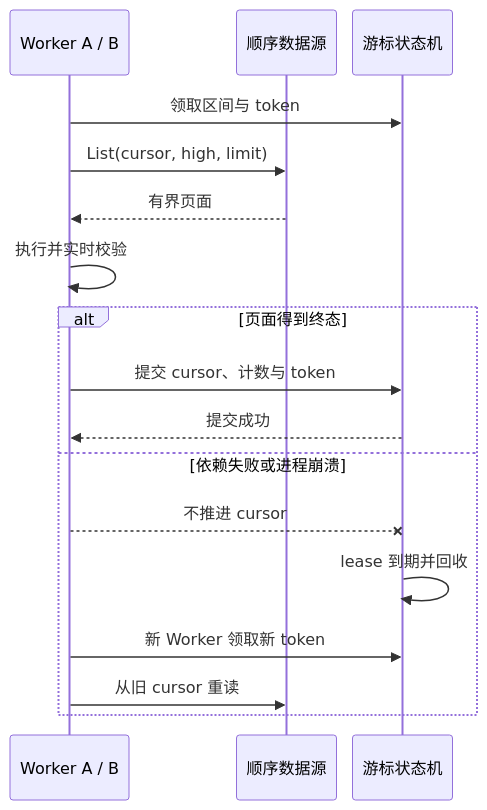
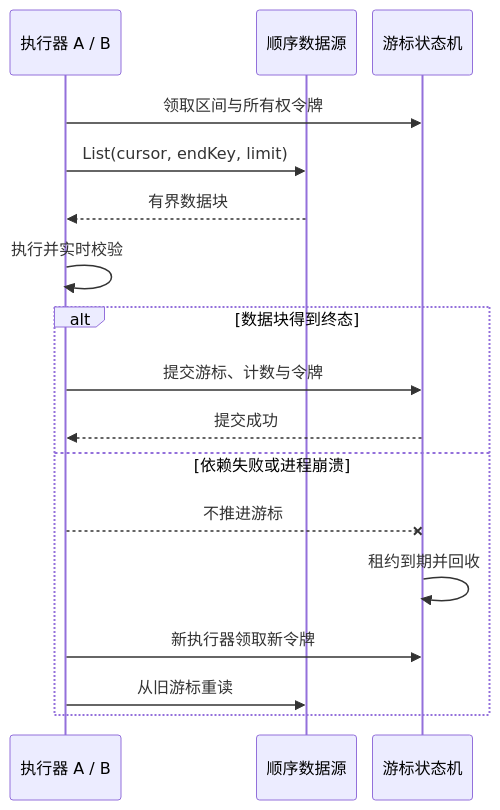
Before and after one commit to tursom/turblog: the second of 2 diagrams in src/content/posts/recoverable-redis-batch-traversal.md, drawn with Mermaid. The commit also changed other lines of this file, not shown here.

````diff
--- a/src/content/posts/recoverable-redis-batch-traversal.md
+++ b/src/content/posts/recoverable-redis-batch-traversal.md
@@ -127,22 +127,22 @@
 ```mermaid
 %%{init: { "sequence": { "actorMargin": 16, "width": 90, "messageMargin": 20 } } }%%
 sequenceDiagram
-  participant W as Worker A / B
+  participant W as 执行器 A / B
   participant S as 顺序数据源
   participant R as 游标状态机
 
-  W->>R: 领取区间与 token
-  W->>S: List(cursor, high, limit)
-  S-->>W: 有界页面
+  W->>R: 领取区间与所有权令牌
+  W->>S: List(cursor, endKey, limit)
+  S-->>W: 有界数据块
   W->>W: 执行并实时校验
 
-  alt 页面得到终态
-    W->>R: 提交 cursor、计数与 token
+  alt 数据块得到终态
+    W->>R: 提交游标、计数与令牌
     R-->>W: 提交成功
   else 依赖失败或进程崩溃
-    W--xR: 不推进 cursor
-    R->>R: lease 到期并回收
-    W->>R: 新 Worker 领取新 token
-    W->>S: 从旧 cursor 重读
+    W--xR: 不推进游标
+    R->>R: 租约到期并回收
+    W->>R: 新执行器领取新令牌
+    W->>S: 从旧游标重读
   end
 ```
````
